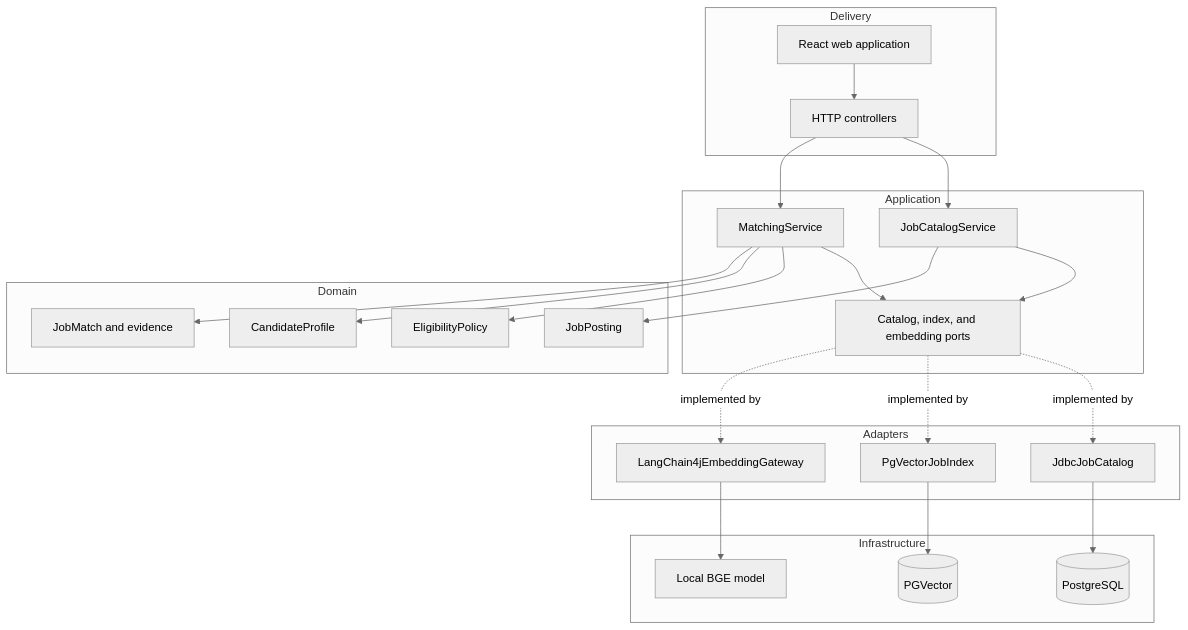
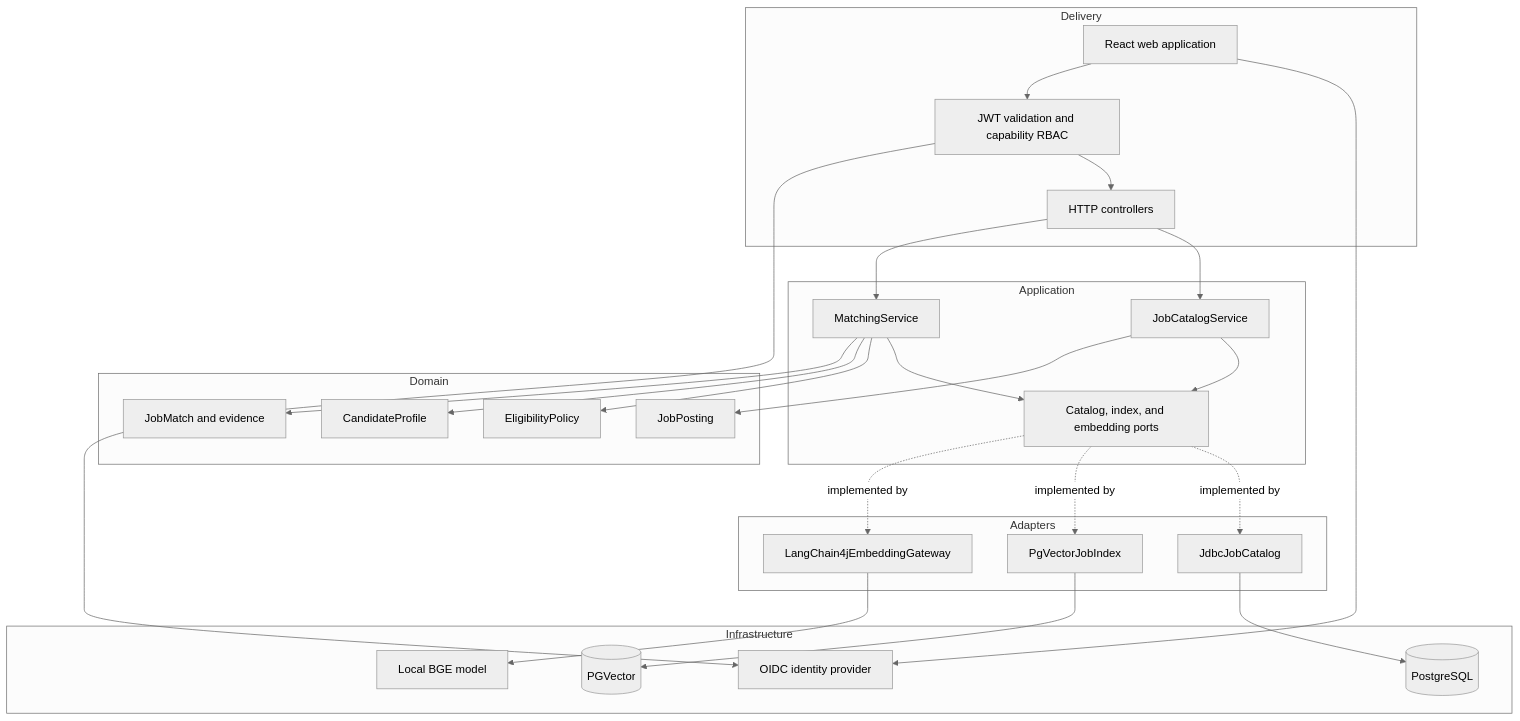
One commit to pedrovvitor/talent-intelligence-platform changed the diagram in docs/architecture/architecture.md. Above: the diagram before and after it, drawn with Mermaid (neutral theme). The commit also changed 25 other files, not shown here.

First line of the commit message:
feat(security): enforce OIDC capability access (#29)

````diff
--- a/docs/architecture/architecture.md
+++ b/docs/architecture/architecture.md
@@ -7,43 +7,47 @@
 ```mermaid
 flowchart TB
     subgraph Delivery
         React[React web application]
+        Security[JWT validation and capability RBAC]
         Controllers[HTTP controllers]
     end
     subgraph Application
         CatalogService[JobCatalogService]
         MatchingService[MatchingService]
         Ports[Catalog, index, and embedding ports]
     end
     subgraph Domain
         Job[JobPosting]
         Candidate[CandidateProfile]
         Eligibility[EligibilityPolicy]
         Evidence[JobMatch and evidence]
     end
     subgraph Adapters
         JDBC[JdbcJobCatalog]
         Vector[PgVectorJobIndex]
         Embedding[LangChain4jEmbeddingGateway]
     end
     subgraph Infrastructure
+        IdP[OIDC identity provider]
         Postgres[(PostgreSQL)]
         PGVector[(PGVector)]
         BGE[Local BGE model]
     end
 
-    React --> Controllers --> CatalogService
+    React --> IdP
+    React --> Security --> Controllers --> CatalogService
     Controllers --> MatchingService
     CatalogService --> Ports
     MatchingService --> Ports
     MatchingService --> Eligibility
     Ports -. implemented by .-> JDBC
     Ports -. implemented by .-> Vector
     Ports -. implemented by .-> Embedding
     JDBC --> Postgres
     Vector --> PGVector
     Embedding --> BGE
+    Security --> IdP
     CatalogService --> Job
     MatchingService --> Candidate
     MatchingService --> Evidence
 ```
````
